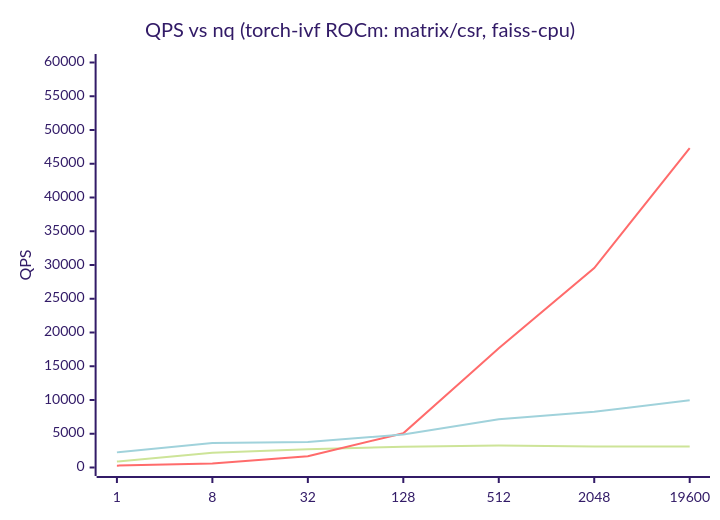
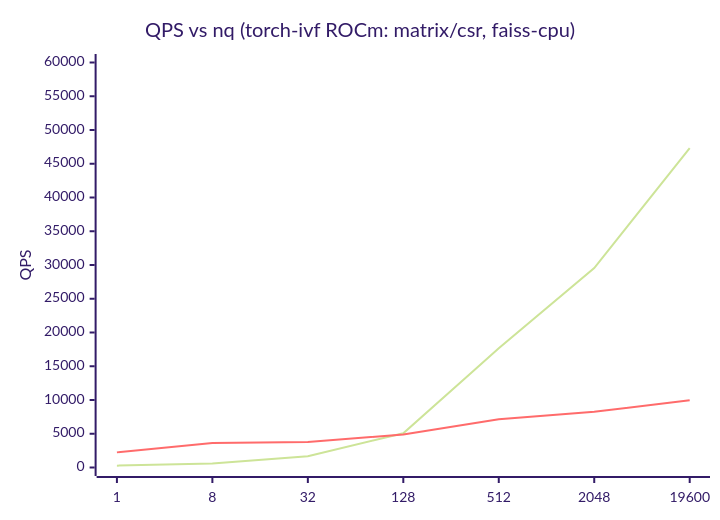
Before and after one commit to kitfactory/torch-ivf: the diagram in README.ja.md, drawn with Mermaid (forest theme). The commit also changed other lines of this file, not shown here.

````diff
--- a/README.ja.md
+++ b/README.ja.md
@@ -56,9 +54,8 @@
 ```mermaid
 xychart-beta
     title "QPS vs nq (torch-ivf ROCm: matrix/csr, faiss-cpu)"
     x-axis [1, 8, 32, 128, 512, 2048, 19600]
     y-axis "QPS" 0 --> 60000
-    line "torch-ivf (matrix)" [875, 2176, 2711, 3092, 3250, 3105, 3109]
     line "torch-ivf (csr)" [275, 576, 1682, 5063, 17656, 29553, 47302]
     line "faiss-cpu" [2241, 3628, 3767, 4887, 7140, 8264, 9962]
 ```
````
